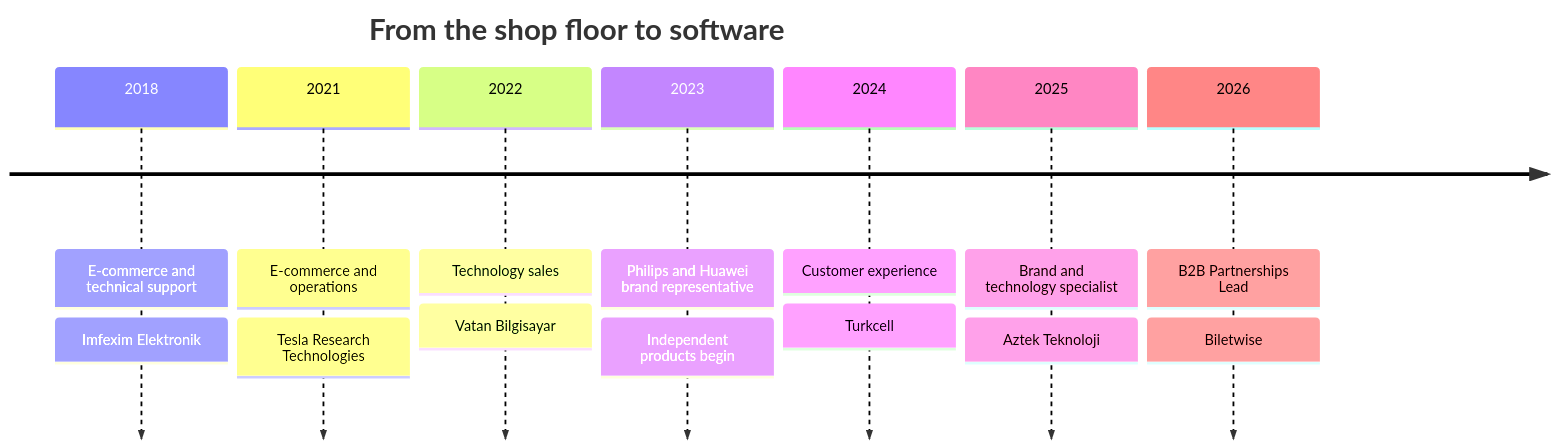
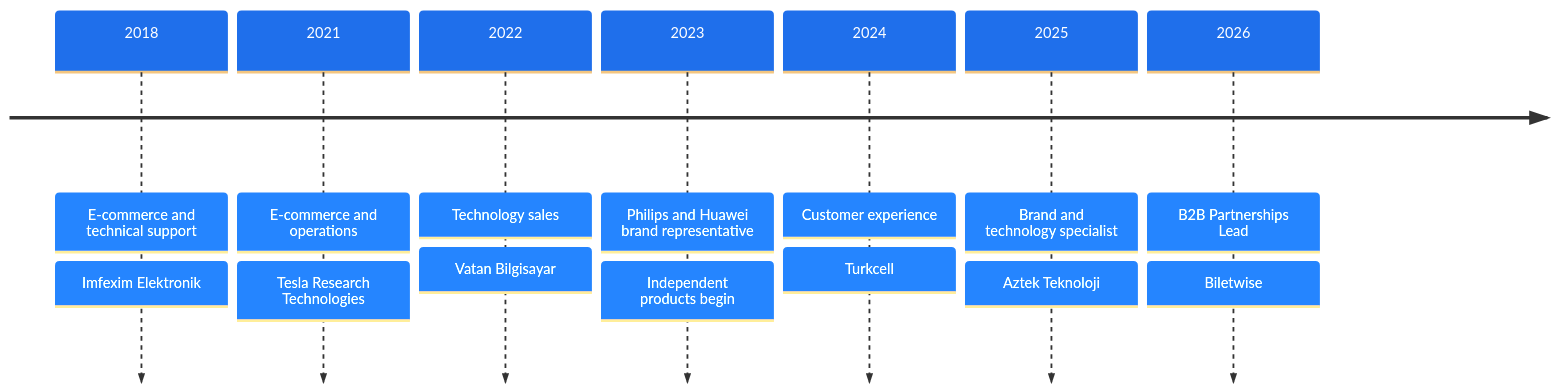
One commit to kerem-alkan/kerem-alkan changed the diagram in README.md. Above: the diagram before and after it, drawn with Mermaid. The commit also changed other lines of this file, not shown here.

````diff
--- a/README.md
+++ b/README.md
@@ -70,18 +100,40 @@
 ```mermaid
+---
+config:
+  theme: base
+  themeVariables:
+    fontFamily: "-apple-system, BlinkMacSystemFont, Segoe UI, Helvetica, Arial, sans-serif"
+    lineColor: "#8b949e"
+    cScale0: "#1f6feb"
+    cScale1: "#1f6feb"
+    cScale2: "#1f6feb"
+    cScale3: "#1f6feb"
+    cScale4: "#1f6feb"
+    cScale5: "#1f6feb"
+    cScale6: "#1f6feb"
+    cScale7: "#1f6feb"
+    cScaleLabel0: "#ffffff"
+    cScaleLabel1: "#ffffff"
+    cScaleLabel2: "#ffffff"
+    cScaleLabel3: "#ffffff"
+    cScaleLabel4: "#ffffff"
+    cScaleLabel5: "#ffffff"
+    cScaleLabel6: "#ffffff"
+    cScaleLabel7: "#ffffff"
+---
 timeline
-    title From the shop floor to software
     2018 : E-commerce and technical support
          : Imfexim Elektronik
     2021 : E-commerce and operations
          : Tesla Research Technologies
     2022 : Technology sales
          : Vatan Bilgisayar
     2023 : Philips and Huawei brand representative
          : Independent products begin
     2024 : Customer experience
          : Turkcell
     2025 : Brand and technology specialist
          : Aztek Teknoloji
     2026 : B2B Partnerships Lead
          : Biletwise
 ```
````
